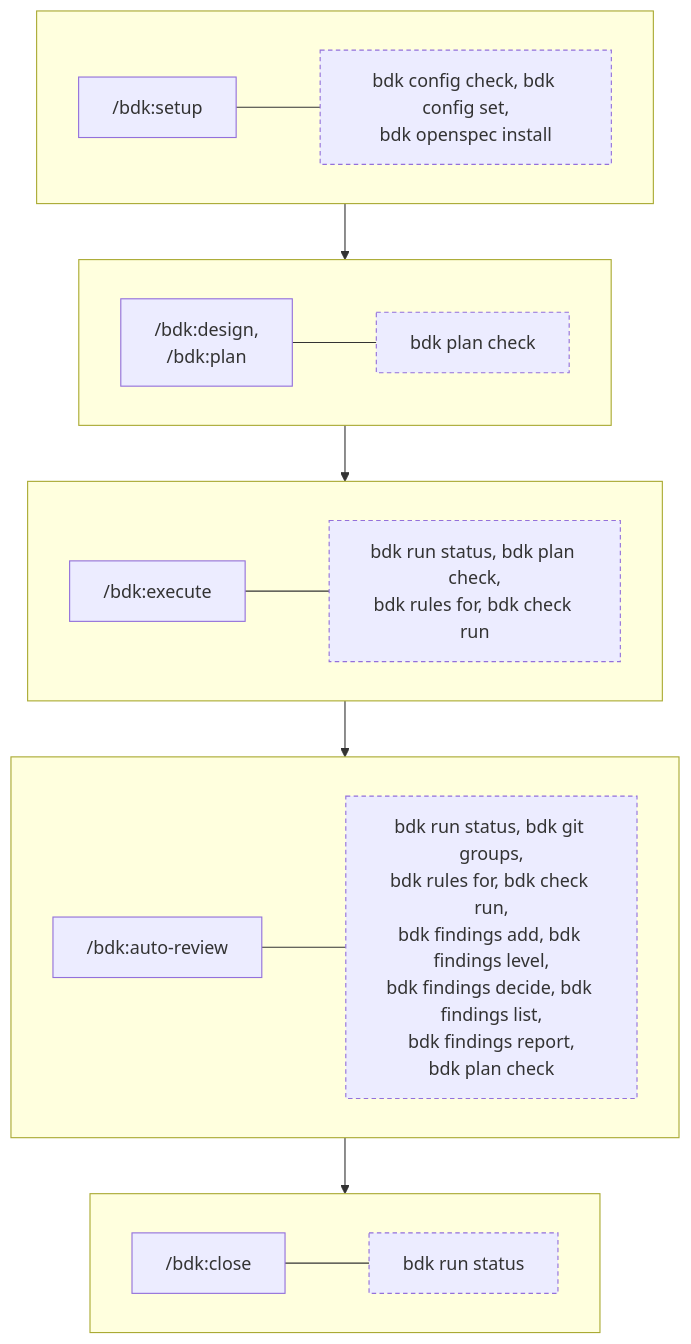
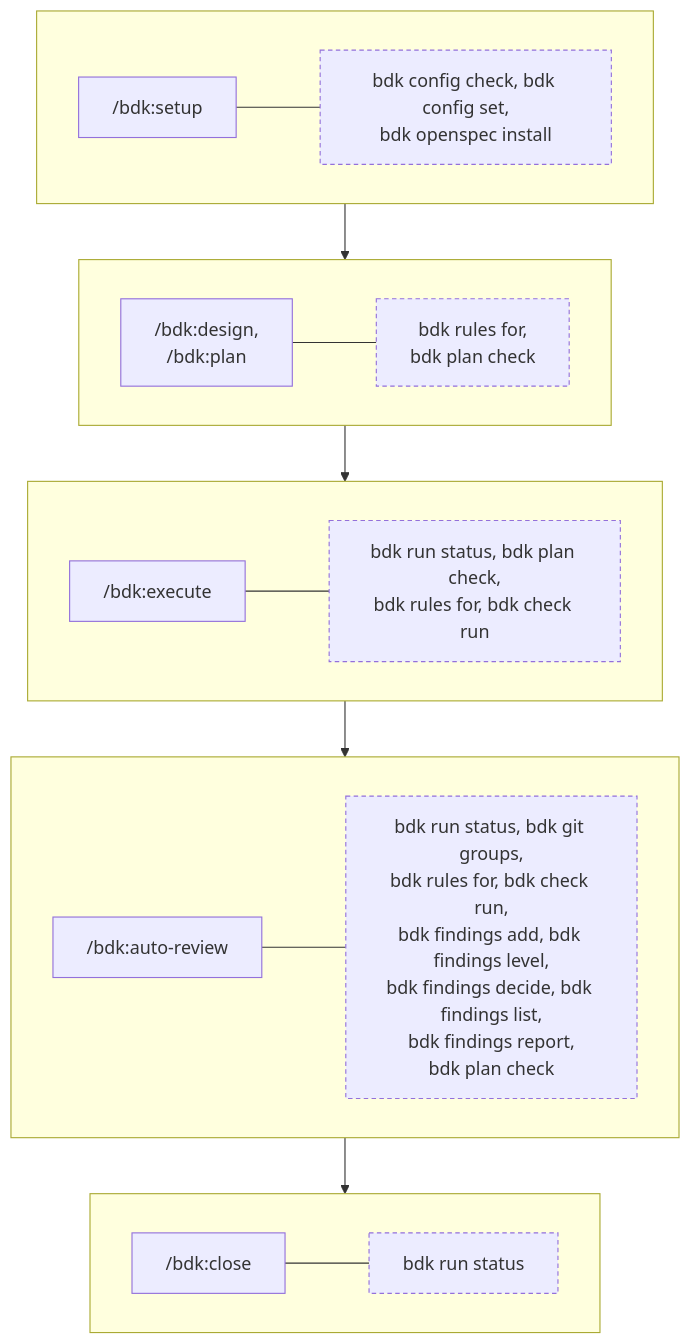
Before and after one commit to broneq/bdk: the second of 6 diagrams in docs/concepts/cli-config-hooks.md, drawn with Mermaid. The commit also changed other lines of this file and 14 other files, not shown here.

First line of the commit message:
docs(concepts): bring the diagrams up to date with the skills

````diff
--- a/docs/concepts/cli-config-hooks.md
+++ b/docs/concepts/cli-config-hooks.md
@@ -46,29 +47,29 @@
 ```mermaid
 flowchart TB
   subgraph R0[" "]
     direction LR
     S0["/bdk:setup"] --- C0["bdk config check, bdk config set,<br/>bdk openspec install"]
   end
   subgraph R1[" "]
     direction LR
-    S1["/bdk:design,<br/>/bdk:plan"] --- C1["bdk plan check"]
+    S1["/bdk:design,<br/>/bdk:plan"] --- C1["bdk rules for,<br/>bdk plan check"]
   end
   subgraph R2[" "]
     direction LR
     S2["/bdk:execute"] --- C2["bdk run status, bdk plan check,<br/>bdk rules for, bdk check run"]
   end
   subgraph R3[" "]
     direction LR
     S3["/bdk:auto-review"] --- C3["bdk run status, bdk git groups,<br/>bdk rules for, bdk check run,<br/>bdk findings add, bdk findings level,<br/>bdk findings decide, bdk findings list,<br/>bdk findings report,<br/>bdk plan check"]
   end
   subgraph R4[" "]
     direction LR
     S4["/bdk:close"] --- C4["bdk run status"]
   end
   R0 --> R1
   R1 --> R2
   R2 --> R3
   R3 --> R4
   classDef aside stroke-dasharray:4 3
   class C0,C1,C2,C3,C4 aside
 ```
````
